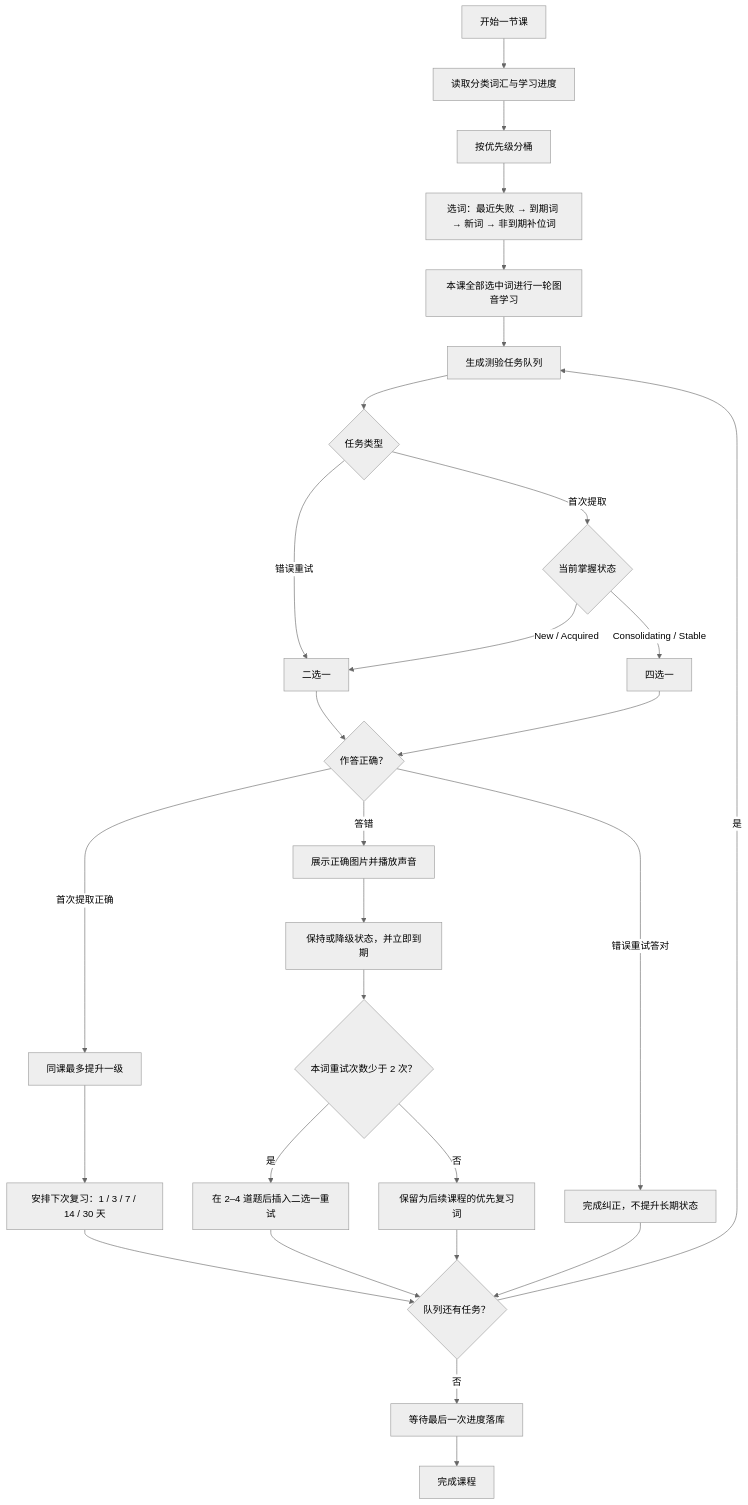
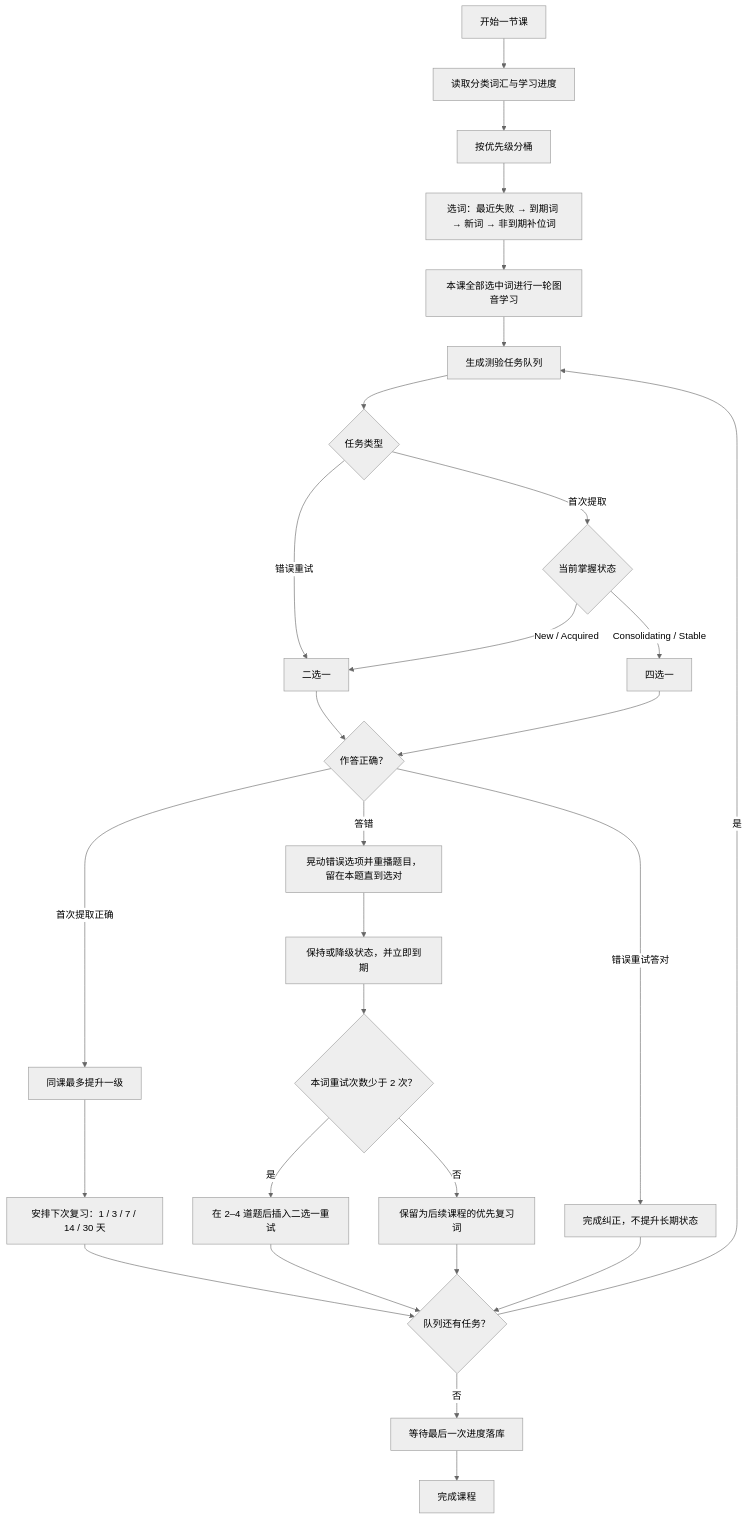
Before and after one commit to tianyk/HopEnglish: the diagram in docs/learning_algorithm_v2.md, drawn with Mermaid (neutral theme). The commit also changed other lines of this file and 44 other files, not shown here.

````diff
--- a/docs/learning_algorithm_v2.md
+++ b/docs/learning_algorithm_v2.md
@@ -7,33 +9,33 @@
 ```mermaid
 flowchart TD
     A["开始一节课"] --> B["读取分类词汇与学习进度"]
     B --> C["按优先级分桶"]
     C --> D["选词：最近失败 → 到期词 → 新词 → 非到期补位词"]
     D --> F["本课全部选中词进行一轮图音学习"]
     F --> H["生成测验任务队列"]
 
     H --> I{"任务类型"}
     I -->|"错误重试"| J["二选一"]
     I -->|"首次提取"| K{"当前掌握状态"}
     K -->|"New / Acquired"| J
     K -->|"Consolidating / Stable"| L["四选一"]
 
     J --> M{"作答正确？"}
     L --> M
     M -->|"首次提取正确"| N["同课最多提升一级"]
     N --> O["安排下次复习：1 / 3 / 7 / 14 / 30 天"]
-    M -->|"答错"| P["展示正确图片并播放声音"]
+    M -->|"答错"| P["晃动错误选项并重播题目，留在本题直到选对"]
     P --> Q["保持或降级状态，并立即到期"]
     Q --> R{"本词重试次数少于 2 次？"}
     R -->|"是"| S["在 2–4 道题后插入二选一重试"]
     R -->|"否"| T["保留为后续课程的优先复习词"]
     M -->|"错误重试答对"| U["完成纠正，不提升长期状态"]
 
     O --> V{"队列还有任务？"}
     S --> V
     T --> V
     U --> V
     V -->|"是"| H
     V -->|"否"| W["等待最后一次进度落库"]
     W --> X["完成课程"]
 ```
````
